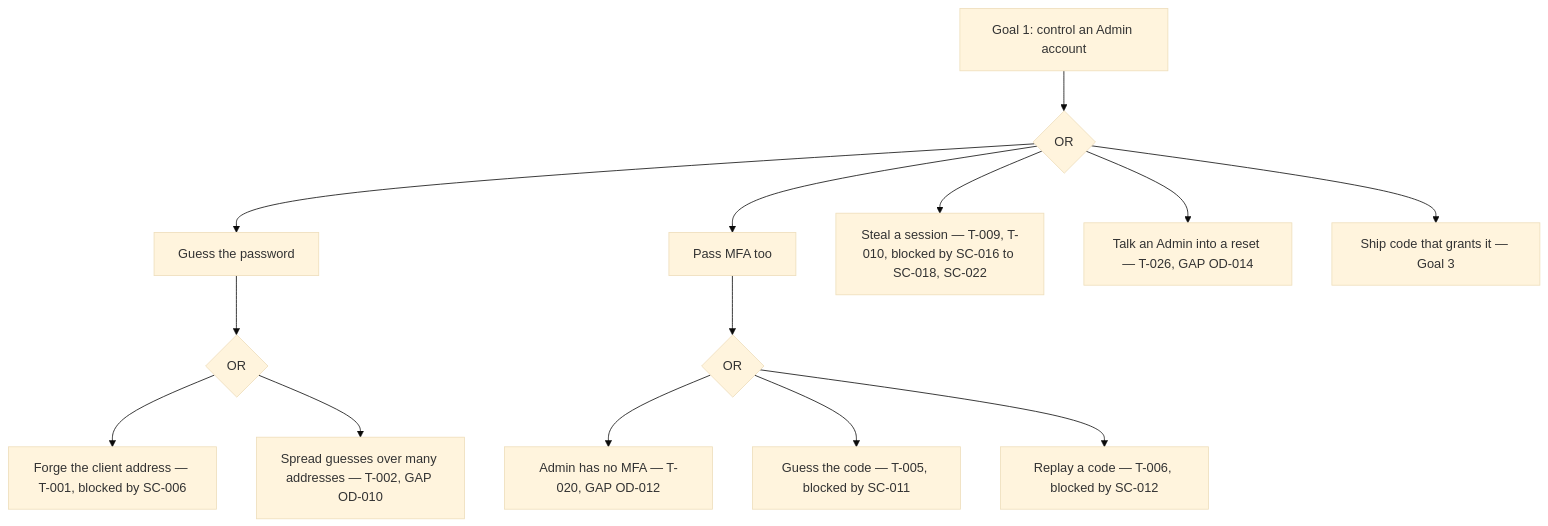
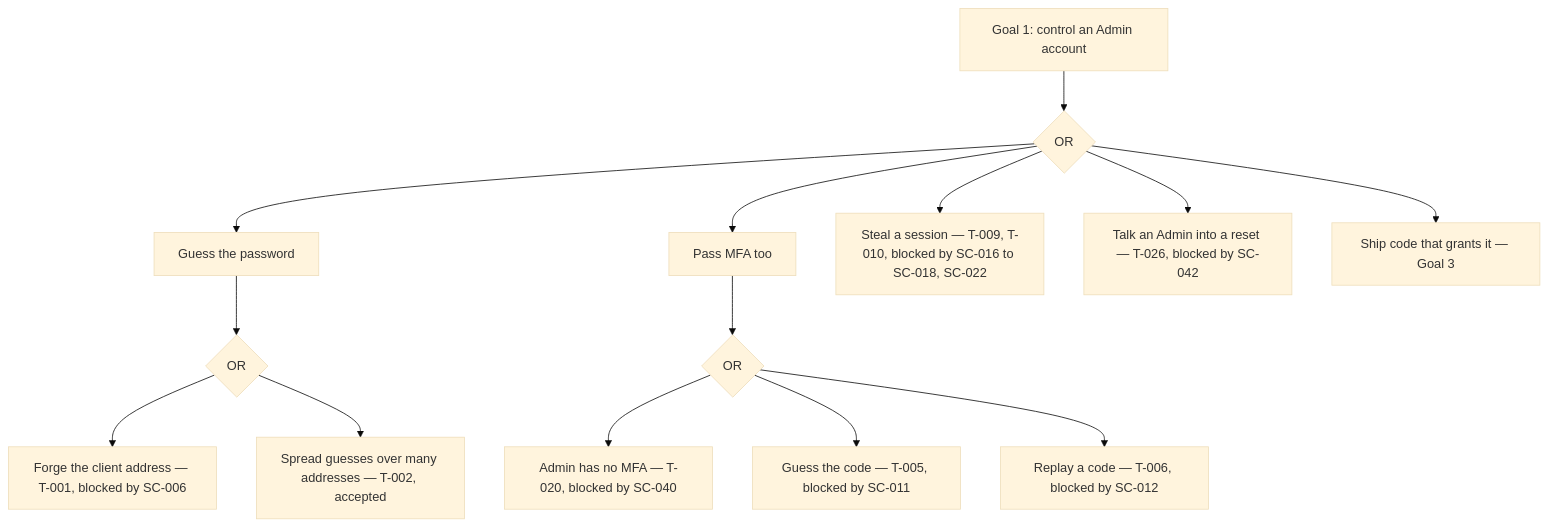
One commit to robinschweitz/raid-website changed the first of 6 diagrams in THREAT_MODEL.md. Above: the diagram before and after it, drawn with Mermaid (base theme). The commit also changed other lines of this file and 4 other files, not shown here.

````diff
--- a/THREAT_MODEL.md
+++ b/THREAT_MODEL.md
@@ -384,14 +381,14 @@
 ```mermaid
 flowchart TD
   G1["Goal 1: control an Admin account"] --> O1{OR}
   O1 --> A1["Guess the password"] --> O1a{OR}
   O1a --> A1a["Forge the client address — T-001, blocked by SC-006"]
-  O1a --> A1b["Spread guesses over many addresses — T-002, GAP OD-010"]
+  O1a --> A1b["Spread guesses over many addresses — T-002, accepted"]
   O1 --> A2["Pass MFA too"] --> O2{OR}
-  O2 --> A2a["Admin has no MFA — T-020, GAP OD-012"]
+  O2 --> A2a["Admin has no MFA — T-020, blocked by SC-040"]
   O2 --> A2b["Guess the code — T-005, blocked by SC-011"]
   O2 --> A2c["Replay a code — T-006, blocked by SC-012"]
   O1 --> A3["Steal a session — T-009, T-010, blocked by SC-016 to SC-018, SC-022"]
-  O1 --> A4["Talk an Admin into a reset — T-026, GAP OD-014"]
+  O1 --> A4["Talk an Admin into a reset — T-026, blocked by SC-042"]
   O1 --> A5["Ship code that grants it — Goal 3"]
 ```
````
